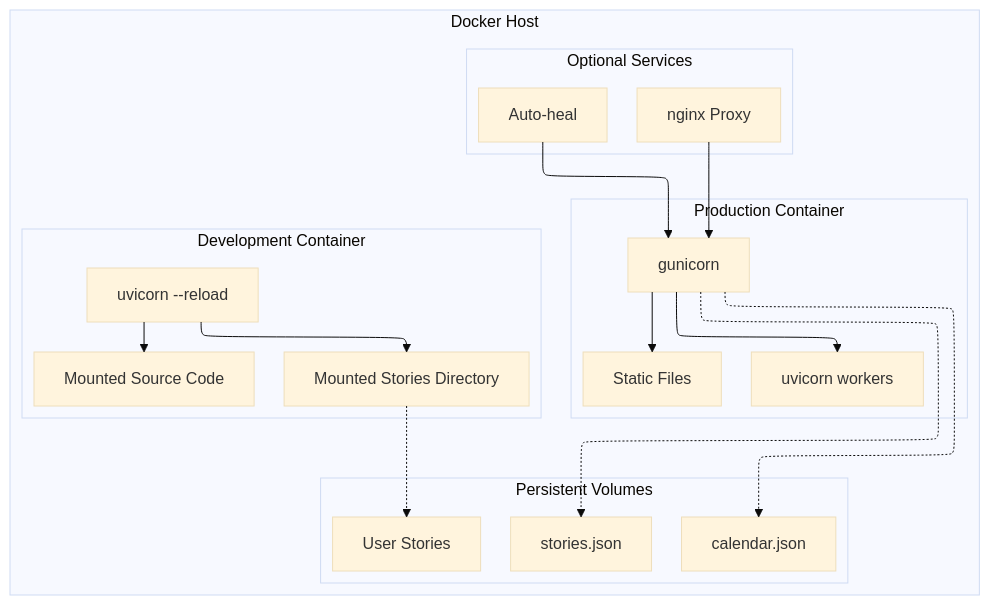
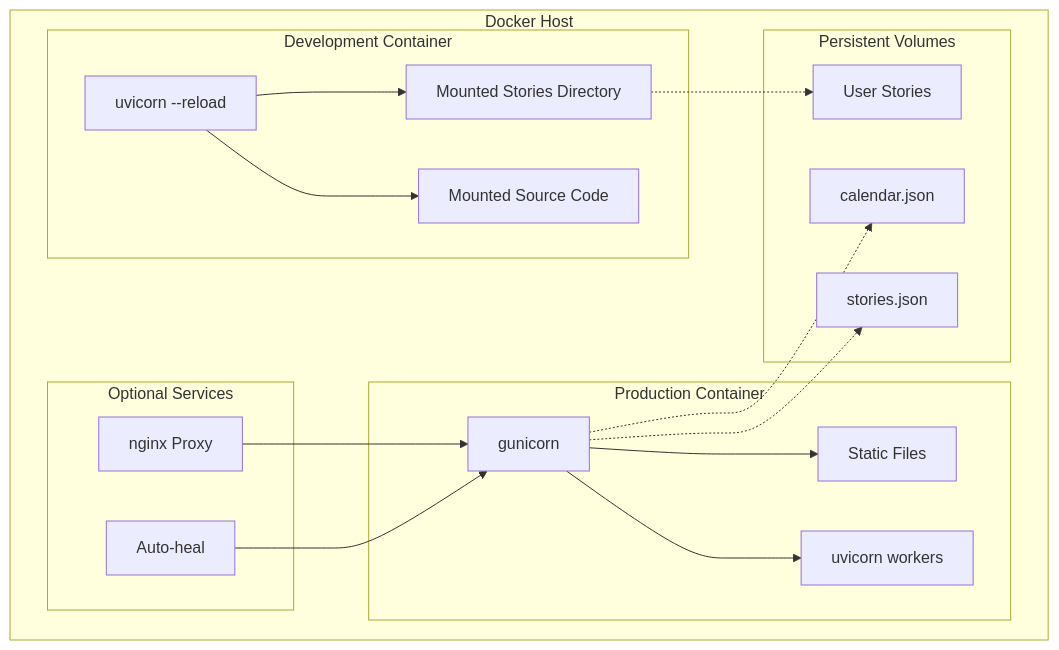
The second of 11 diagrams in README.md (mvineetsharma79/Medium-Story-Manger), drawn with Mermaid before and after one commit. The commit also changed other lines of this file and 5 other files, not shown here.

````diff
--- a/README.md
+++ b/README.md
@@ -149,43 +149,38 @@
 ```mermaid
----
-config:
-  theme: base
-  layout: elk
----
 graph TB
     subgraph "Docker Host"
         subgraph "Development Container"
             A[uvicorn --reload]
             B[Mounted Source Code]
             C[Mounted Stories Directory]
         end
         
         subgraph "Production Container"
             D[gunicorn]
             E[uvicorn workers]
             F[Static Files]
         end
         
         subgraph "Optional Services"
             G[nginx Proxy]
             H[Auto-heal]
         end
         
         subgraph "Persistent Volumes"
             I[stories.json]
             J[calendar.json]
             K[User Stories]
         end
     end
     
     A --> B
     A --> C
     D --> E
     D --> F
     G --> D
     H --> D
     
     C -.-> K
     D -.-> I
     D -.-> J
 ```
````
